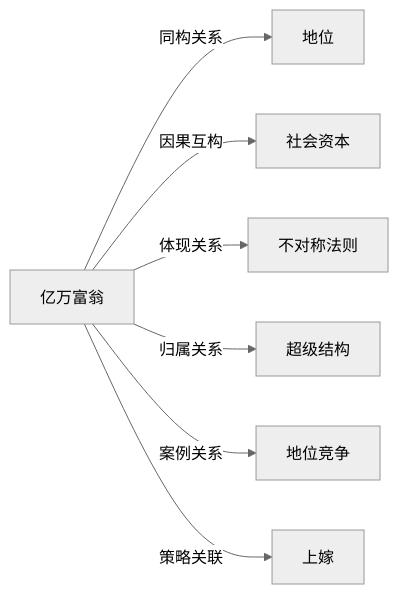
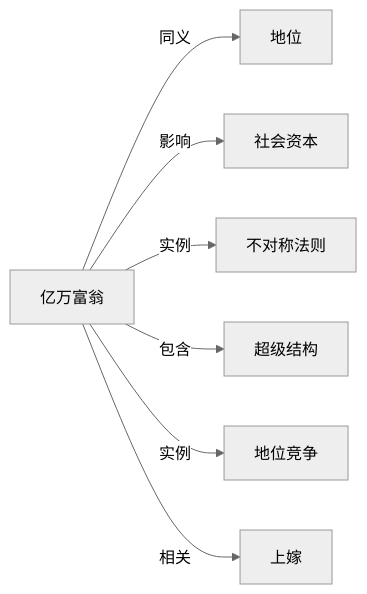
The diagram in Knowledge/Concepts/经济/亿万富翁.md (KIMMCHOW/MyKnowledge), drawn with Mermaid (neutral theme) before and after one commit. The commit also changed 95 other files, not shown here.

Commit message:
reorganize: 统一关系图边标签为11类

````diff
--- a/Knowledge/Concepts/经济/亿万富翁.md
+++ b/Knowledge/Concepts/经济/亿万富翁.md
@@ -45,9 +45,9 @@
 ```mermaid
 graph LR
-亿万富翁 -->|同构关系| 地位
-亿万富翁 -->|因果互构| 社会资本
-亿万富翁 -->|体现关系| 不对称法则
-亿万富翁 -->|归属关系| 超级结构
-亿万富翁 -->|案例关系| 地位竞争
-亿万富翁 -->|策略关联| 上嫁
+亿万富翁 -->|同义| 地位
+亿万富翁 -->|影响| 社会资本
+亿万富翁 -->|实例| 不对称法则
+亿万富翁 -->|包含| 超级结构
+亿万富翁 -->|实例| 地位竞争
+亿万富翁 -->|相关| 上嫁
 ```
````
